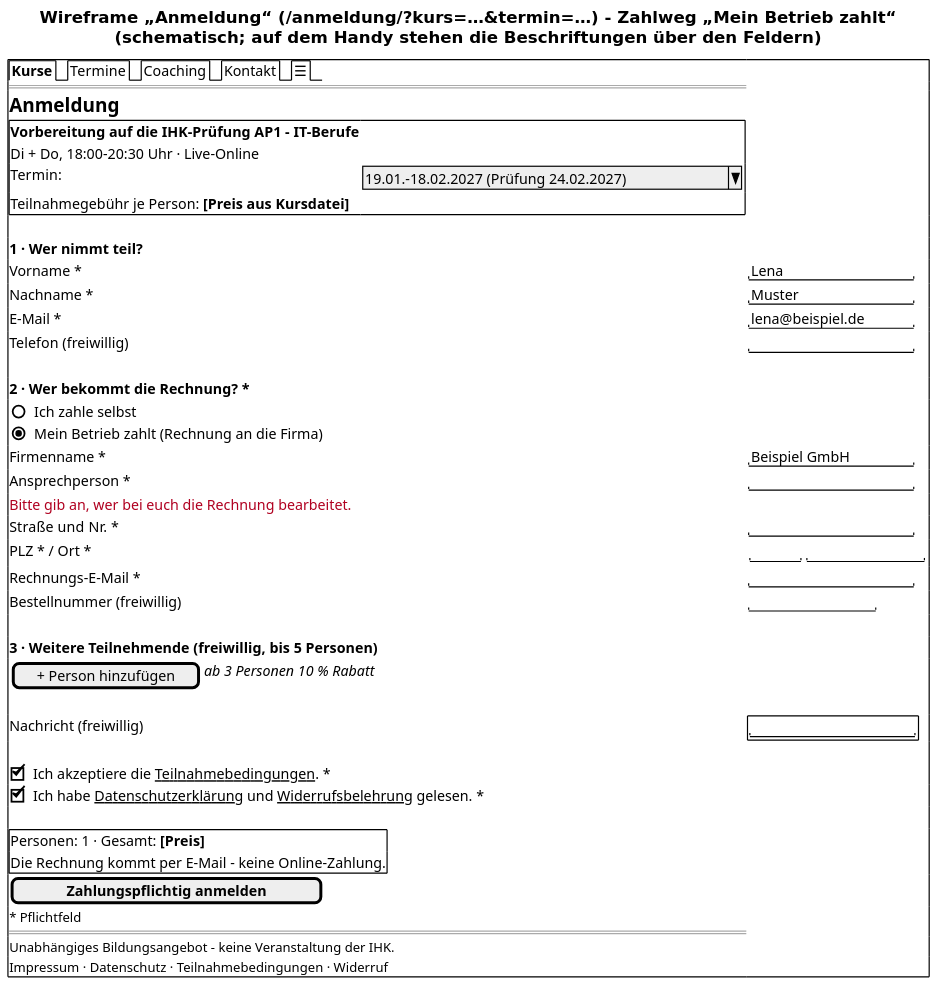
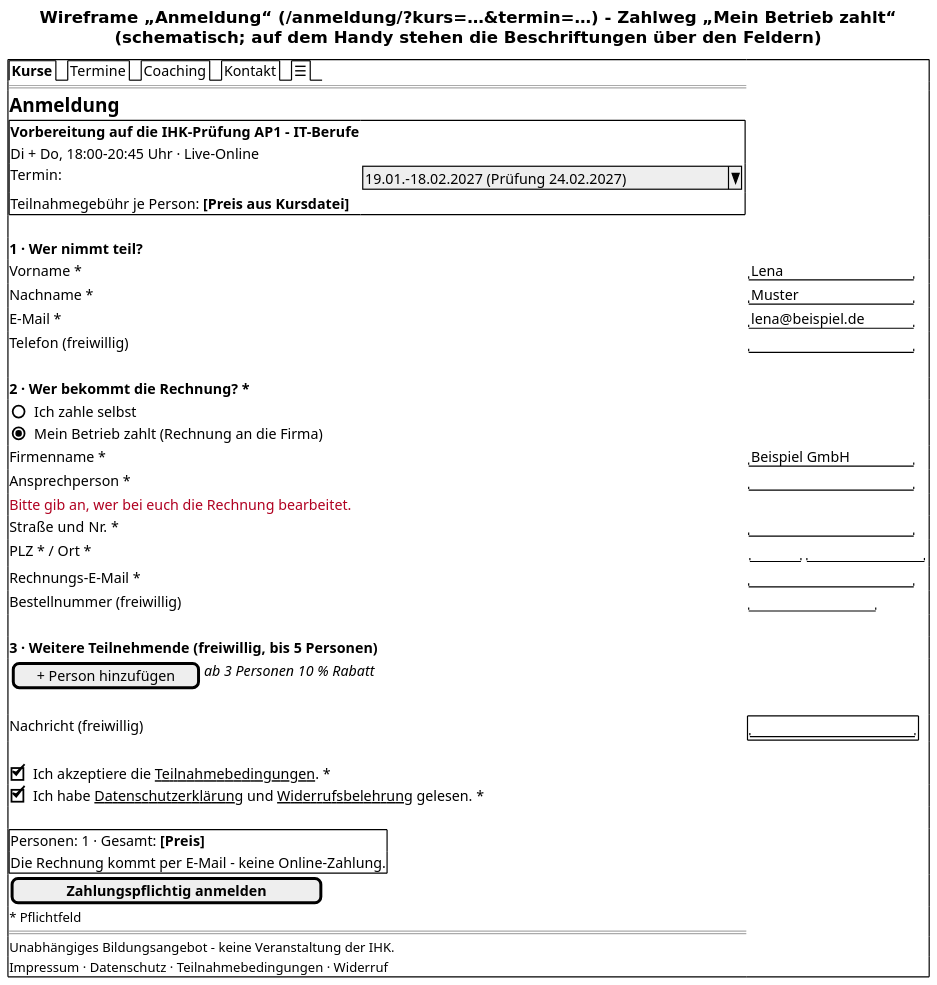
The diagram in docs/diagramme/4-mockup-anmeldung.puml (cansi798/waybuild_Akademie), drawn with PlantUML before and after one commit. The commit also changed 5 other files, not shown here.

```diff
--- a/docs/diagramme/4-mockup-anmeldung.puml
+++ b/docs/diagramme/4-mockup-anmeldung.puml
@@ -1,53 +1,53 @@
 @startsalt 4-mockup-anmeldung
 skinparam dpi 150
 skinparam defaultFontName "DejaVu Sans"
 title Wireframe „Anmeldung“ (/anmeldung/?kurs=…&termin=…) – Zahlweg „Mein Betrieb zahlt“\n(schematisch; auf dem Handy stehen die Beschriftungen über den Feldern)
 {+
   {/ <b>Kurse | Termine | Coaching | Kontakt | ☰ }
   ==
   <b><size:16>Anmeldung
   {+
     <b>Vorbereitung auf die IHK-Prüfung AP1 – IT-Berufe
-    Di + Do, 18:00–20:30 Uhr · Live-Online
+    Di + Do, 18:00–20:45 Uhr · Live-Online
     Termin: { ^19.01.–18.02.2027 (Prüfung 24.02.2027)^ }
     Teilnahmegebühr je Person: <b>[Preis aus Kursdatei]
   }
   .
   <b>1 · Wer nimmt teil?
   Vorname *          | "Lena             "
   Nachname *         | "Muster           "
   E-Mail *           | "lena@beispiel.de "
   Telefon (freiwillig) | "                 "
   .
   <b>2 · Wer bekommt die Rechnung? *
   {
     () Ich zahle selbst
     (X) Mein Betrieb zahlt (Rechnung an die Firma)
   }
   Firmenname *       | "Beispiel GmbH    "
   Ansprechperson *   | "                 "
   <color:#B00020>Bitte gib an, wer bei euch die Rechnung bearbeitet.
   Straße und Nr. *   | "                 "
   PLZ * / Ort *      | { "     " | "            " }
   Rechnungs-E-Mail * | "                 "
   Bestellnummer (freiwillig) | "             "
   .
   <b>3 · Weitere Teilnehmende (freiwillig, bis 5 Personen)
   { [+ Person hinzufügen] | <i>ab 3 Personen 10 % Rabatt }
   .
   Nachricht (freiwillig) | {+ "                 " }
   .
   [X] Ich akzeptiere die <u>Teilnahmebedingungen</u>. *
   [X] Ich habe <u>Datenschutzerklärung</u> und <u>Widerrufsbelehrung</u> gelesen. *
   .
   {+
     Personen: 1 · Gesamt: <b>[Preis]
     Die Rechnung kommt per E-Mail – keine Online-Zahlung.
   }
   [   <b>Zahlungspflichtig anmelden   ]
   <size:11>* Pflichtfeld
   ==
   <size:11>Unabhängiges Bildungsangebot – keine Veranstaltung der IHK.
   <size:11>Impressum · Datenschutz · Teilnahmebedingungen · Widerruf
 }
 @endsalt
```
